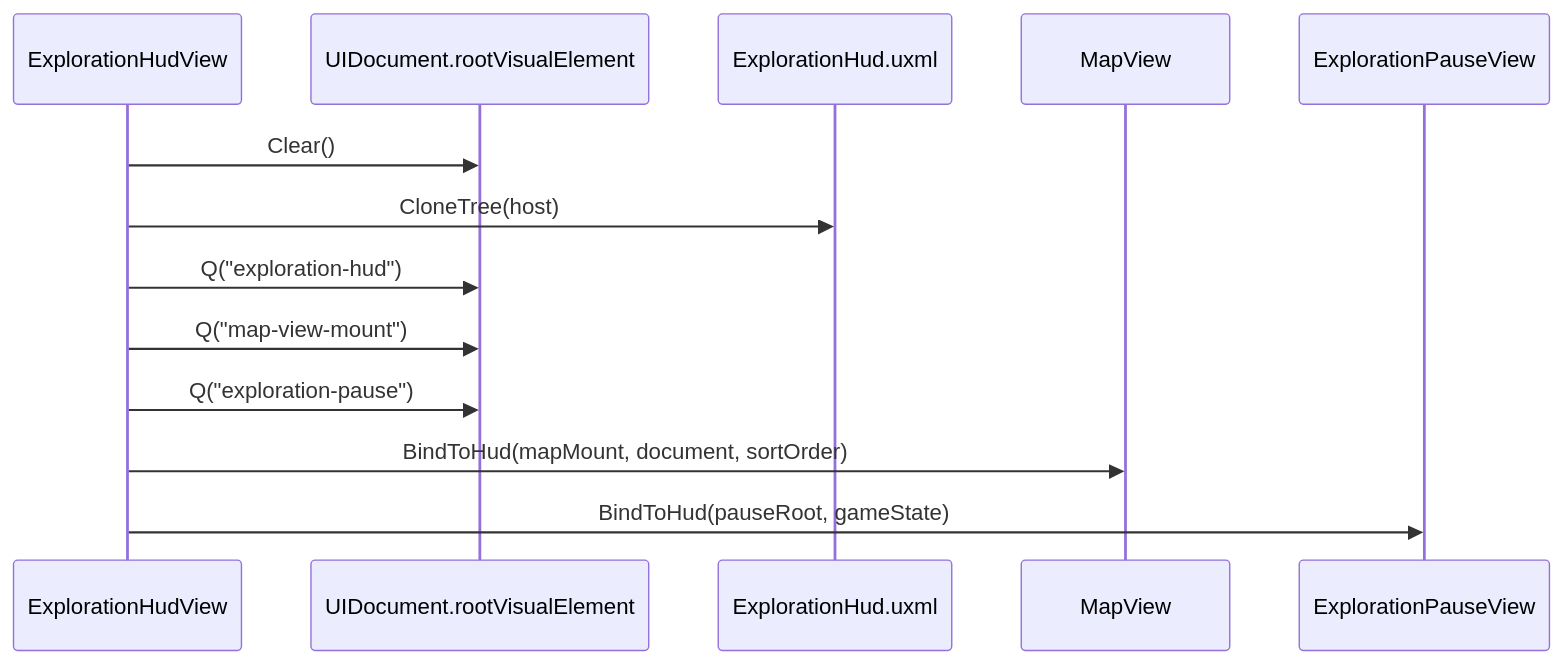
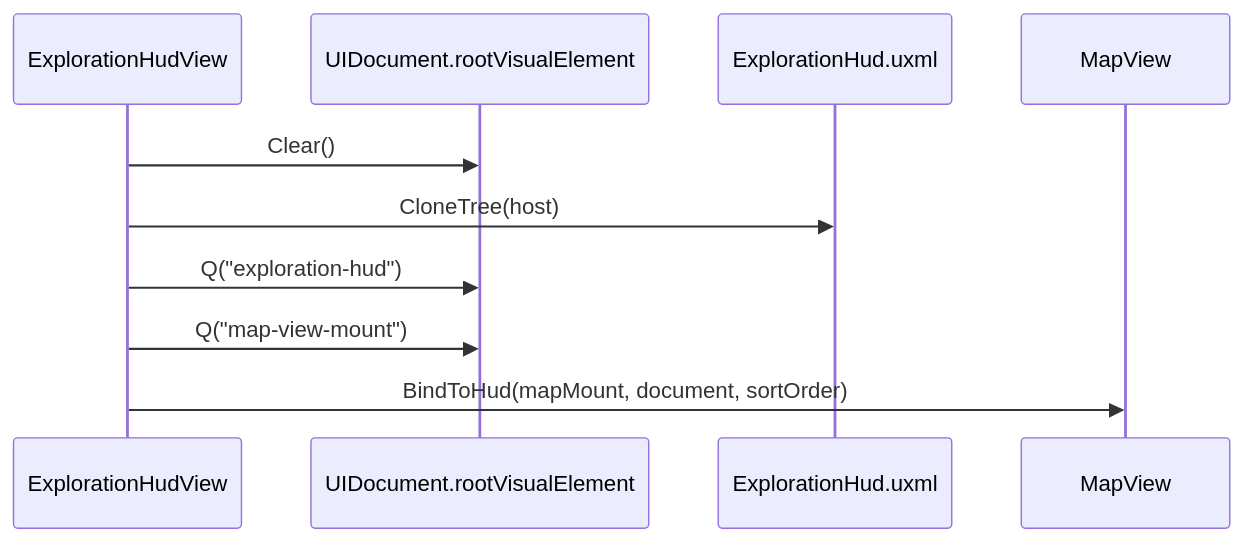
One commit to miramocha/griddungeon-design-docs changed the second of 5 diagrams in docs/02-systems/exploration-ui.md. Above: the diagram before and after it, drawn with Mermaid. The commit also changed other lines of this file and 3 other files, not shown here.

First line of the commit message:
docs(ui): party menu is exploration pause shell

````diff
--- a/docs/02-systems/exploration-ui.md
+++ b/docs/02-systems/exploration-ui.md
@@ -85,16 +88,12 @@
 ```mermaid
 sequenceDiagram
     participant EHV as ExplorationHudView
     participant DOC as UIDocument.rootVisualElement
     participant UXML as ExplorationHud.uxml
     participant MV as MapView
-    participant EPV as ExplorationPauseView
-
     EHV->>DOC: Clear()
     EHV->>UXML: CloneTree(host)
     EHV->>DOC: Q("exploration-hud")
     EHV->>DOC: Q("map-view-mount")
-    EHV->>DOC: Q("exploration-pause")
     EHV->>MV: BindToHud(mapMount, document, sortOrder)
-    EHV->>EPV: BindToHud(pauseRoot, gameState)
 ```
````
